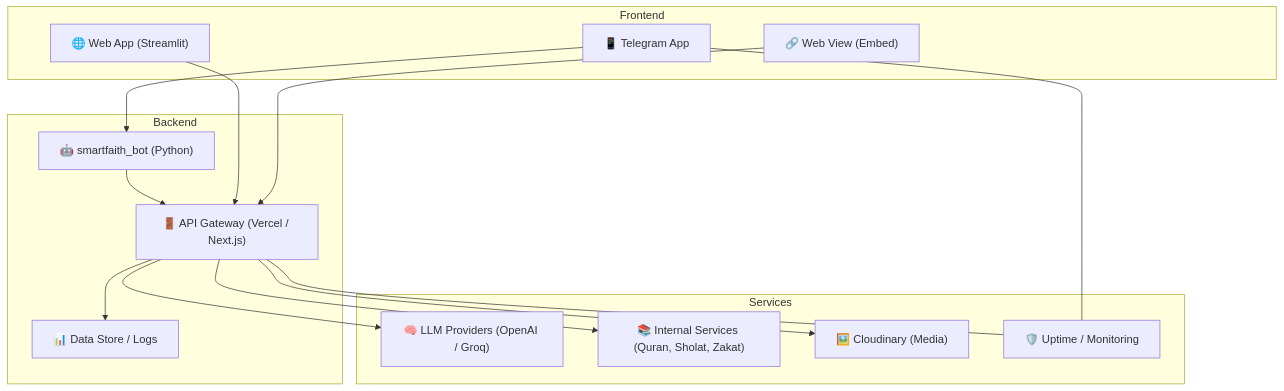
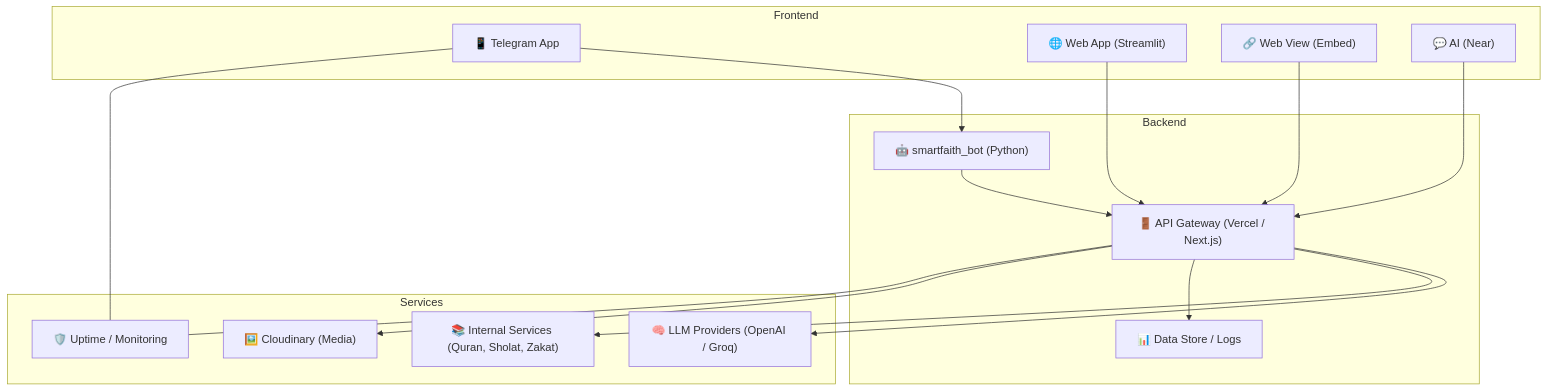
Before and after one commit to mrbrightsides/IslamiChat: the first of 5 diagrams in docs/ARCHITECTURE.md, drawn with Mermaid.

Commit message:
Add AI component to architecture documentation

````diff
--- a/docs/ARCHITECTURE.md
+++ b/docs/ARCHITECTURE.md
@@ -10,46 +10,49 @@
 ```mermaid
 %% High-level Overview (Clickable)
 graph TD
   %% === Frontend ===
   subgraph Frontend
     TG["📱 Telegram App"]
     WEB["🌐 Web App (Streamlit)"]
     WV["🔗 Web View (Embed)"]
+    NA["💬 AI (Near)"]
   end
 
   %% === Backend ===
   subgraph Backend
     BOT["🤖 smartfaith_bot (Python)"]
     API["🚪 API Gateway (Vercel / Next.js)"]
     LOG["📊 Data Store / Logs"]
   end
 
   %% === Services ===
   subgraph Services
     LLM["🧠 LLM Providers (OpenAI / Groq)"]
     SVC["📚 Internal Services (Quran, Sholat, Zakat)"]
     CDN["🖼️ Cloudinary (Media)"]
     MON["🛡️ Uptime / Monitoring"]
   end
 
   %% Flows
   TG --> BOT
   BOT --> API
   WEB --> API
   WV --> API
+  NA --> API
   API --> LLM
   API --> SVC
   API --> LOG
   API --> CDN
   TG --- MON
   API --- MON
 
 %% === Clickable links (tanpa indent) ===
 click TG "https://t.me/smartfaith_bot" "Open Telegram bot" _blank
 click WEB "https://smartfaith.streamlit.app/" "Open Web App" _blank
 click WV "https://smartfaithbot.vercel.app/" "Open Web View" _blank
 click BOT "https://github.com/mrbrightsides/smartfaith-bot" "Open bot repo" _blank
 click API "https://github.com/mrbrightsides/IslamiChat" "Open web app repo" _blank
 click CDN "https://cloudinary.com/console" "Open Cloudinary" _blank
 click MON "https://uptimerobot.com" "Open monitoring" _blank
+click NA "https://app.near.ai/agents/smartfaith.near/smartfaith-ai/latest/run" "Open Registry" _blank
 ```
````
